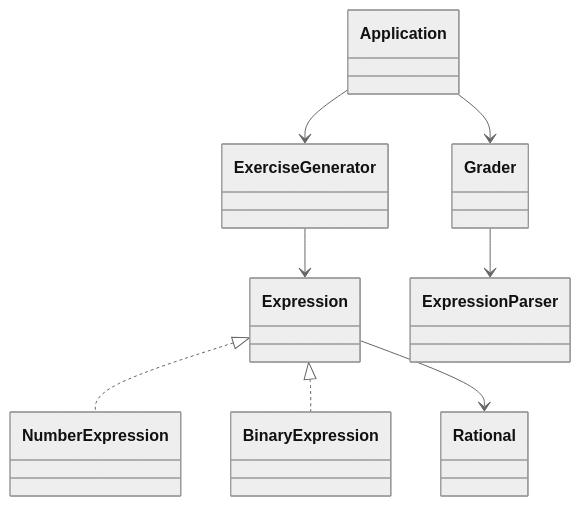
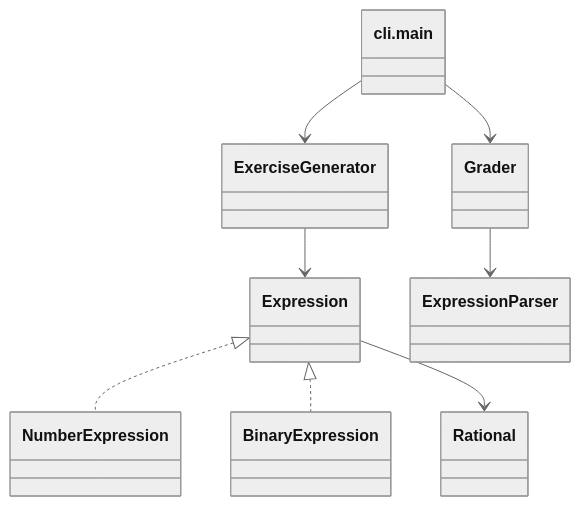
Before and after one commit to Huahetai-cell/pair-arithmetic: the first of 2 diagrams in docs/blog-draft.md, drawn with Mermaid (neutral theme). The commit also changed 2 other files, not shown here.

Commit message:
fix: run source entry point without package installation

````diff
--- a/docs/blog-draft.md
+++ b/docs/blog-draft.md
@@ -26,10 +26,10 @@
 ```mermaid
 classDiagram
-  Application --> ExerciseGenerator
-  Application --> Grader
+  cli.main --> ExerciseGenerator
+  cli.main --> Grader
   ExerciseGenerator --> Expression
   Grader --> ExpressionParser
   Expression <|.. NumberExpression
   Expression <|.. BinaryExpression
   Expression --> Rational
 ```
````
